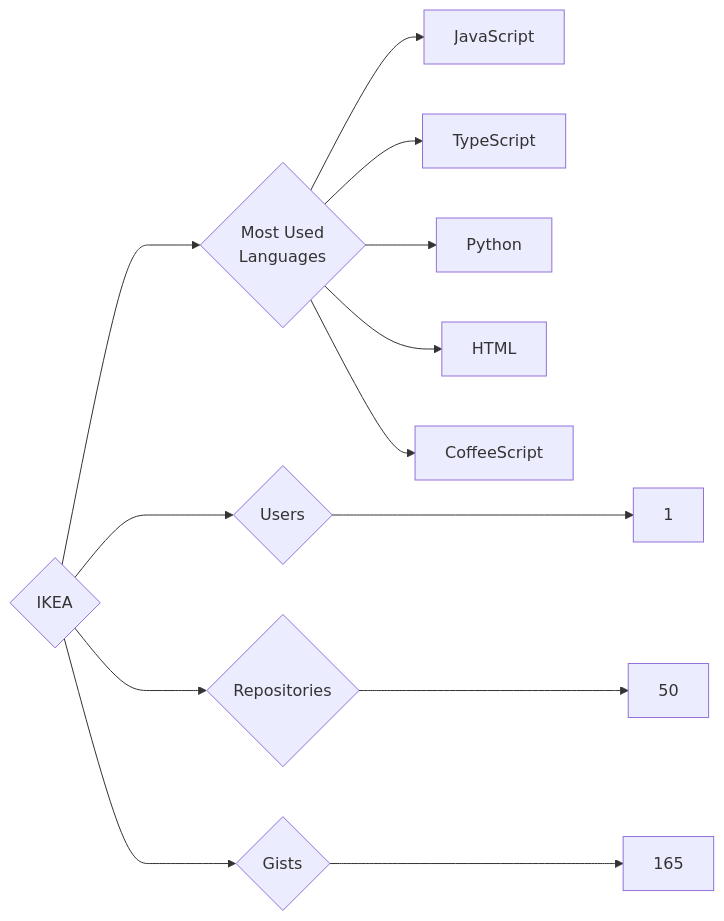
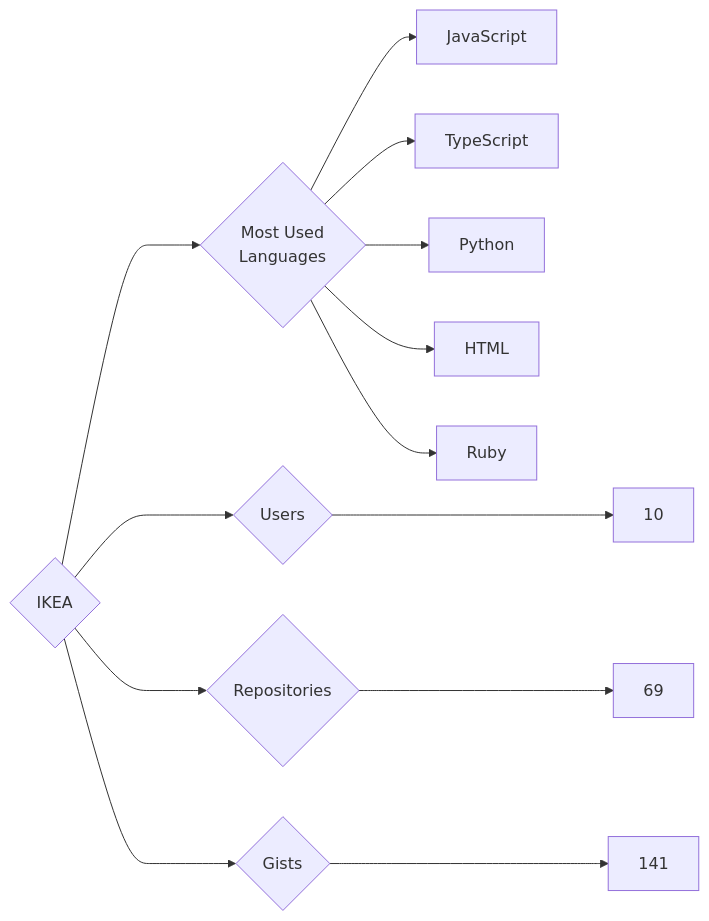
The diagram in targets/IKEA/README.md (trickest/insiders), drawn with Mermaid before and after one commit. The commit also changed 657 other files, not shown here.

````diff
--- a/targets/IKEA/README.md
+++ b/targets/IKEA/README.md
@@ -3,13 +3,13 @@
 ```mermaid
 graph LR
 COMPANY_NAME{IKEA}
-COMPANY_NAME ---> U{Users} ---> UN[1]
-COMPANY_NAME ---> R{Repositories} ---> RN[50]
-COMPANY_NAME ---> G{Gists} ---> GN[165]
+COMPANY_NAME ---> U{Users} ---> UN[10]
+COMPANY_NAME ---> R{Repositories} ---> RN[69]
+COMPANY_NAME ---> G{Gists} ---> GN[141]
 COMPANY_NAME ---> ML{Most Used<br>Languages}
 ML --> JavaScript[JavaScript]
 ML --> TypeScript[TypeScript]
 ML --> Python[Python]
 ML --> HTML[HTML]
-ML --> CoffeeScript[CoffeeScript]
+ML --> Ruby[Ruby]
 ```
````
